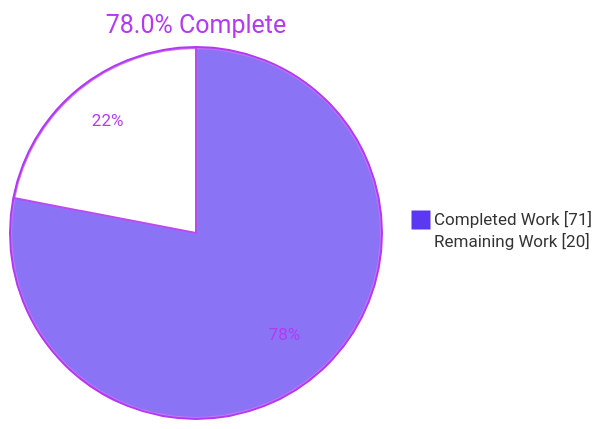
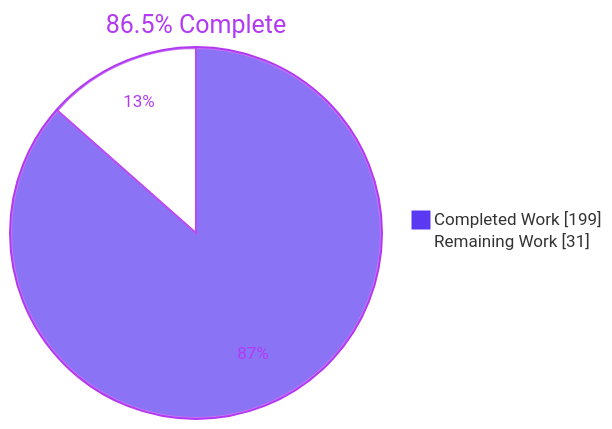
One commit to blitzy-public-samples/openbravo-erp changed the first of 3 diagrams in blitzy/documentation/Project Guide - e5d40ea1-c3ed-4994-87eb-e962dec9dc66.md. Above: the diagram before and after it, drawn with Mermaid. The commit also changed other lines of this file, not shown here.

Commit message:
Adding Blitzy Project Guide: Project Status and Human Tasks Remaining

````diff
--- a/blitzy/documentation/Project Guide - e5d40ea1-c3ed-4994-87eb-e962dec9dc66.md
+++ b/blitzy/documentation/Project Guide - e5d40ea1-c3ed-4994-87eb-e962dec9dc66.md
@@ -9,6 +9,6 @@
 ```mermaid
 %%{init: {"theme": "base", "themeVariables": {"pie1": "#5B39F3", "pie2": "#FFFFFF", "pieStrokeColor": "#B23AF2", "pieOuterStrokeColor": "#B23AF2", "pieStrokeWidth": "2px", "pieTitleTextColor": "#B23AF2", "pieSectionTextColor": "#B23AF2", "pieLegendTextColor": "#333333"}}}%%
-pie showData title 78.0% Complete
-    "Completed Work" : 71
-    "Remaining Work" : 20
+pie showData title 86.5% Complete
+    "Completed Work" : 199
+    "Remaining Work" : 31
 ```
````
